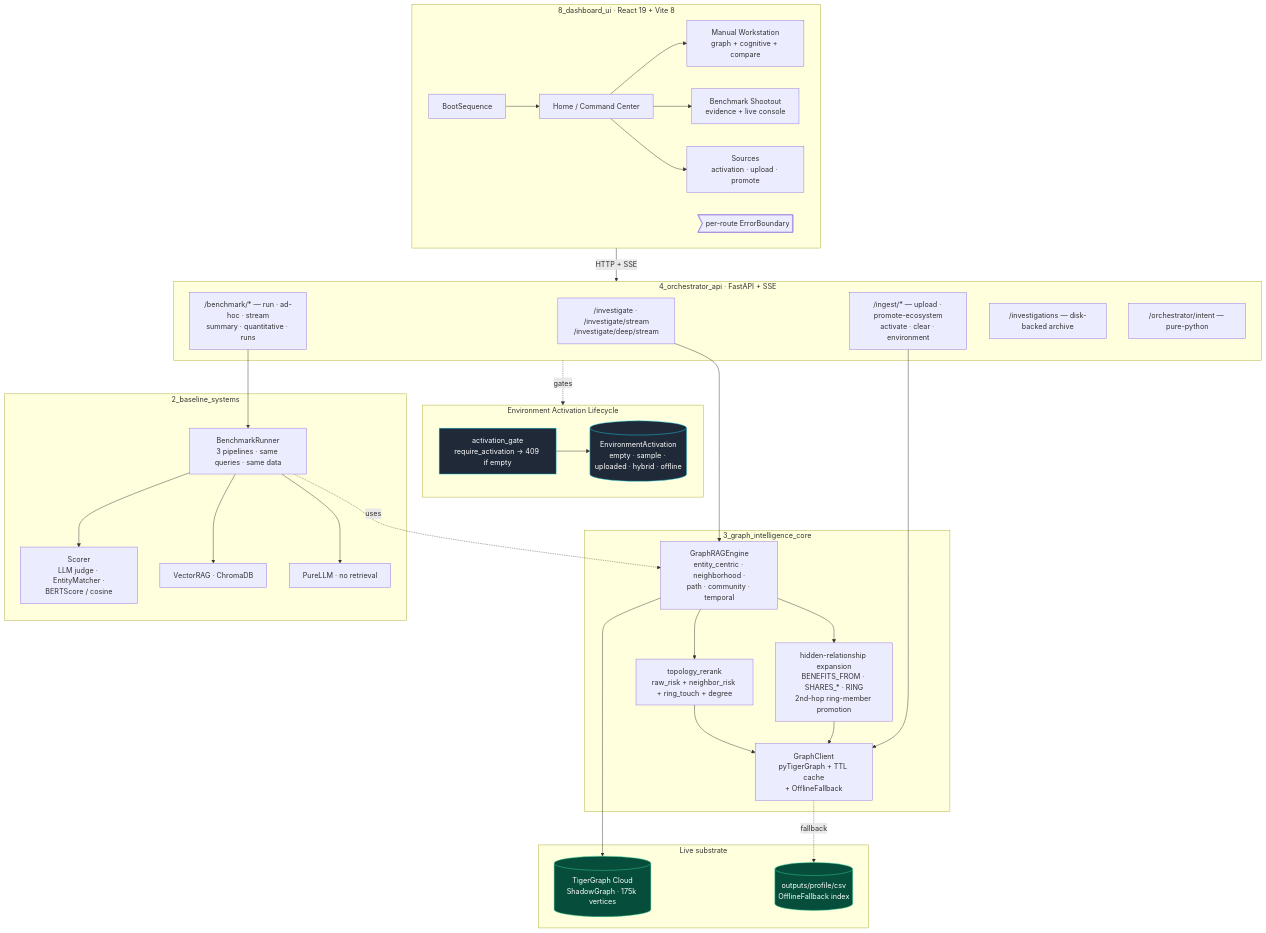
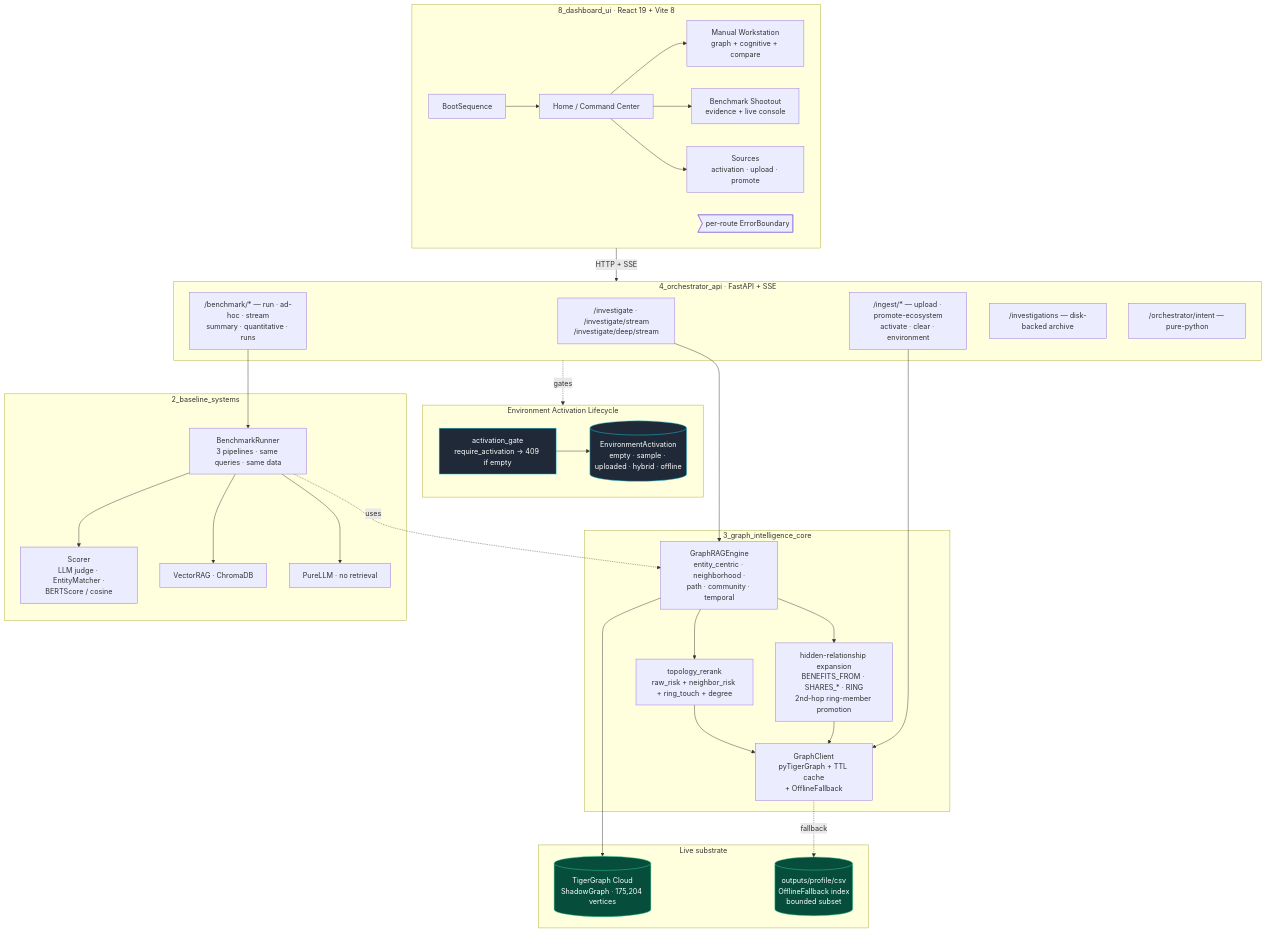
The first of 3 diagrams in README.md (Tuhin-void/shadow-network-intelligence), drawn with Mermaid before and after one commit. The commit also changed other lines of this file and 7 other files, not shown here.

Commit message:
docs: update architecture details, dashboard guide, and ingestion transparency

````diff
--- a/README.md
+++ b/README.md
@@ -91,64 +91,64 @@
 ```mermaid
 flowchart TB
     subgraph UI["8_dashboard_ui · React 19 + Vite 8"]
         Boot[BootSequence] --> Home[Home / Command Center]
         Home --> Manual[Manual Workstation<br/>graph + cognitive + compare]
         Home --> Bench[Benchmark Shootout<br/>evidence + live console]
         Home --> Sources[Sources<br/>activation · upload · promote]
         ErrorBoundary>per-route ErrorBoundary]
     end
 
     subgraph API["4_orchestrator_api · FastAPI + SSE"]
         Inv["/investigate · /investigate/stream<br/>/investigate/deep/stream"]
         IngestEP["/ingest/* — upload · promote-ecosystem<br/>activate · clear · environment"]
         BenchEP["/benchmark/* — run · ad-hoc · stream<br/>summary · quantitative · runs"]
         ArchiveEP["/investigations — disk-backed archive"]
         IntentEP["/orchestrator/intent — pure-python"]
     end
 
     subgraph Lifecycle["Environment Activation Lifecycle"]
         Gate[activation_gate<br/>require_activation → 409 if empty]
         State[(EnvironmentActivation<br/>empty · sample · uploaded · hybrid · offline)]
         Gate --> State
     end
 
     subgraph Core["3_graph_intelligence_core"]
         Engine[GraphRAGEngine<br/>entity_centric · neighborhood ·<br/>path · community · temporal]
         Rerank[topology_rerank<br/>raw_risk + neighbor_risk + ring_touch + degree]
         Hidden[hidden-relationship expansion<br/>BENEFITS_FROM · SHARES_* · RING<br/>2nd-hop ring-member promotion]
         Client[GraphClient<br/>pyTigerGraph + TTL cache<br/>+ OfflineFallback]
         Engine --> Rerank
         Engine --> Hidden
         Rerank --> Client
         Hidden --> Client
     end
 
     subgraph Substrate["Live substrate"]
-        TG[(TigerGraph Cloud<br/>ShadowGraph · 175k vertices)]
-        CSV[(outputs/profile/csv<br/>OfflineFallback index)]
+        TG[(TigerGraph Cloud<br/>ShadowGraph · 175,204 vertices)]
+        CSV[(outputs/profile/csv<br/>OfflineFallback index<br/>bounded subset)]
     end
 
     subgraph Bench2["2_baseline_systems"]
         Runner[BenchmarkRunner<br/>3 pipelines · same queries · same data]
         Scorer[Scorer<br/>LLM judge · EntityMatcher ·<br/>BERTScore / cosine]
         Vec[VectorRAG · ChromaDB]
         PLLM[PureLLM · no retrieval]
         Runner --> Vec
         Runner --> PLLM
         Runner -. uses .-> Engine
         Runner --> Scorer
     end
 
     UI -->|HTTP + SSE| API
     API -. gates .-> Lifecycle
     Inv --> Engine
     BenchEP --> Runner
     IngestEP --> Client
     Engine --> TG
     Client -. fallback .-> CSV
 
     classDef gate fill:#1f2937,stroke:#22d3ee,color:#fff
     classDef live fill:#064e3b,stroke:#34d399,color:#fff
     class Gate,State gate
     class TG,CSV live
 ```
````
